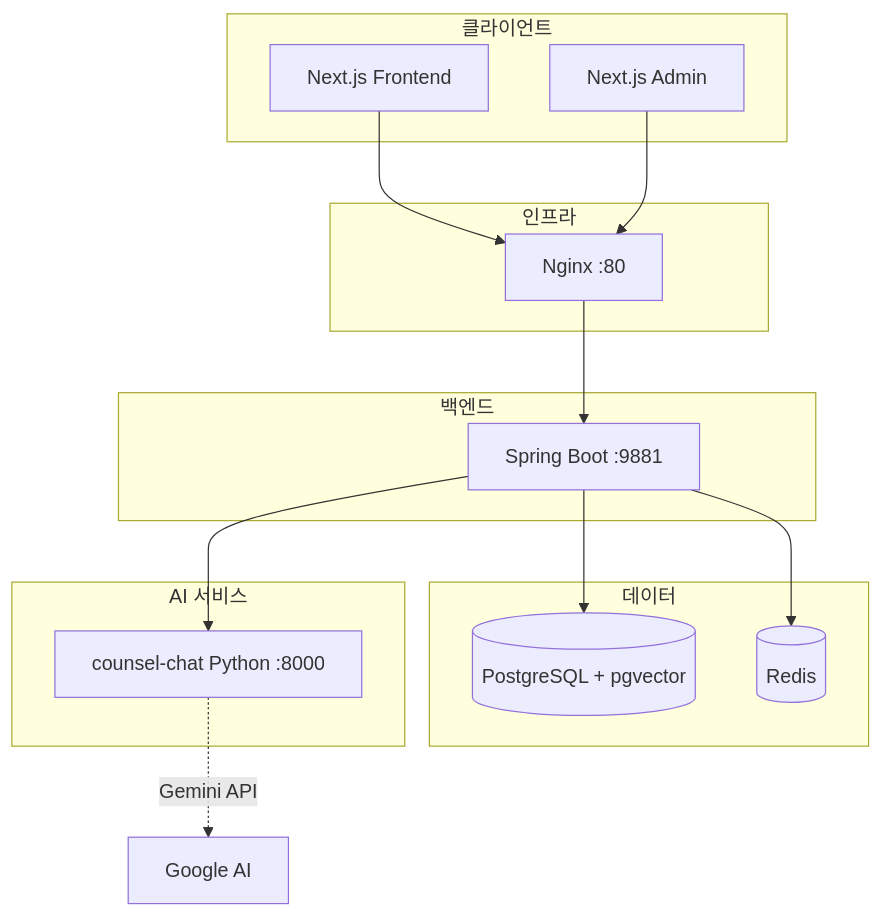
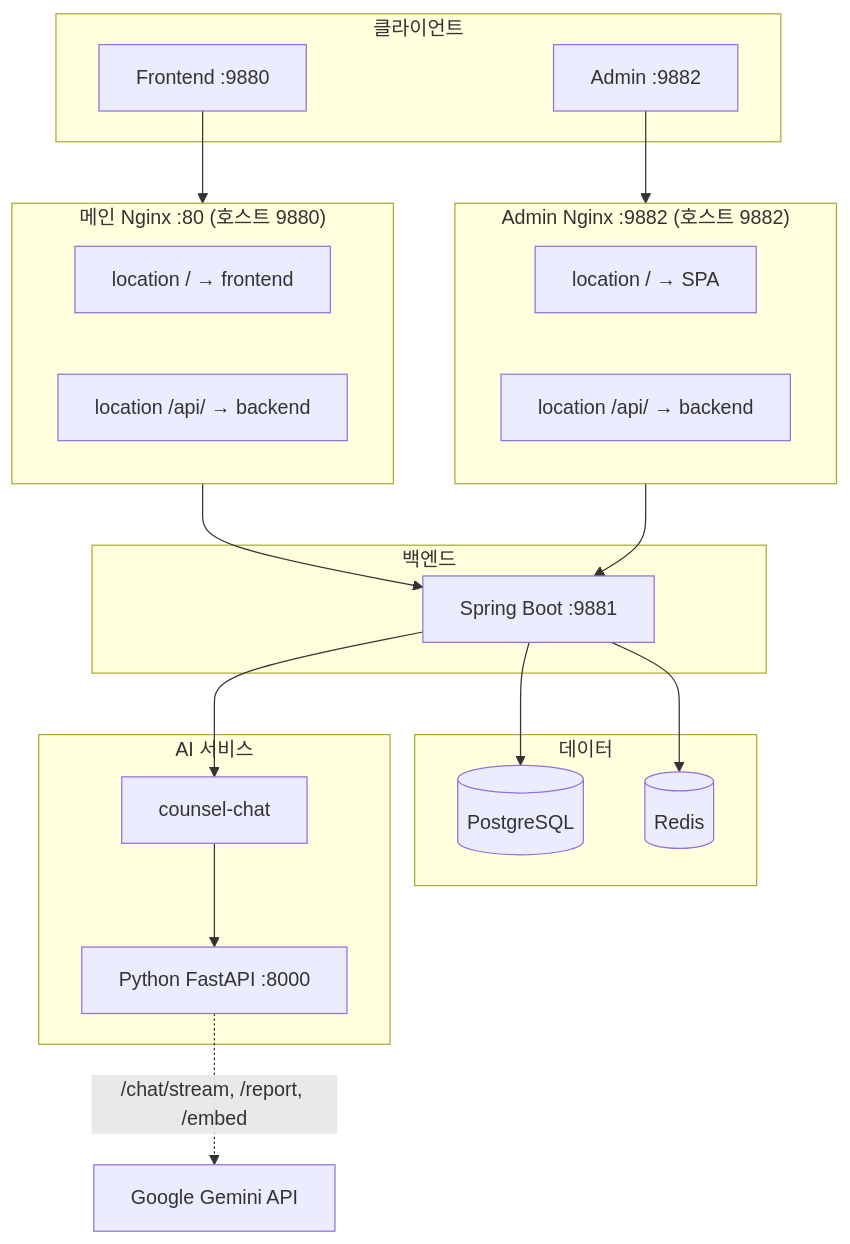
One commit to BigHwangTaeYeon/portfolio changed the first of 2 diagrams in index.md. Above: the diagram before and after it, drawn with Mermaid.

Commit message:
Update mermaid diagram for client and infrastructure

````diff
--- a/index.md
+++ b/index.md
@@ -213,33 +213,43 @@
 ```mermaid
 flowchart TB
     subgraph Client["클라이언트"]
-        FE[Next.js Frontend]
-        Admin[Next.js Admin]
+        FE[Frontend :9880]
+        Admin[Admin :9882]
     end
 
-    subgraph Infra["인프라"]
-        Nginx[Nginx :80]
+    subgraph MainNginx["메인 Nginx :80 (호스트 9880)"]
+        N1[location / → frontend]
+        N2[location /api/ → backend]
+    end
+
+    subgraph AdminNginx["Admin Nginx :9882 (호스트 9882)"]
+        A1[location / → SPA]
+        A2[location /api/ → backend]
     end
 
     subgraph Backend["백엔드"]
         Spring[Spring Boot :9881]
     end
 
     subgraph Data["데이터"]
-        PG[(PostgreSQL + pgvector)]
+        PG[(PostgreSQL)]
         Redis[(Redis)]
     end
 
     subgraph AI["AI 서비스"]
-        Chat[counsel-chat Python :8000]
+        Chat[counsel-chat]
+        Python[Python FastAPI :8000]
     end
 
-    FE --> Nginx
-    Admin --> Nginx
-    Nginx --> Spring
+    Ext[Google Gemini API]
+
+    FE --> MainNginx
+    Admin --> AdminNginx
+    MainNginx --> Spring
+    AdminNginx --> Spring
     Spring --> PG
     Spring --> Redis
     Spring --> Chat
-
-    Chat -.->|Gemini API| External[Google AI]
+    Chat --> Python
+    Python -.->|/chat/stream, /report, /embed| Ext
 ```
````
